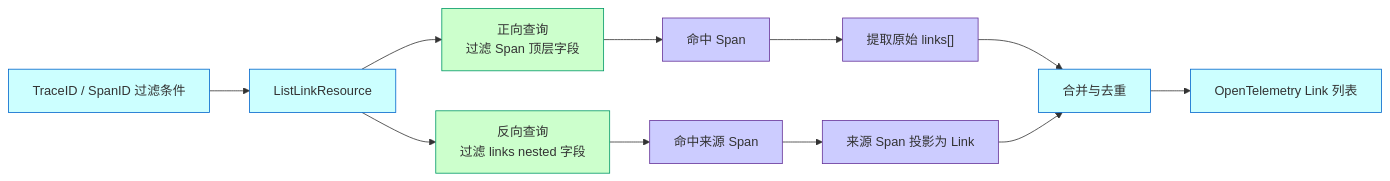
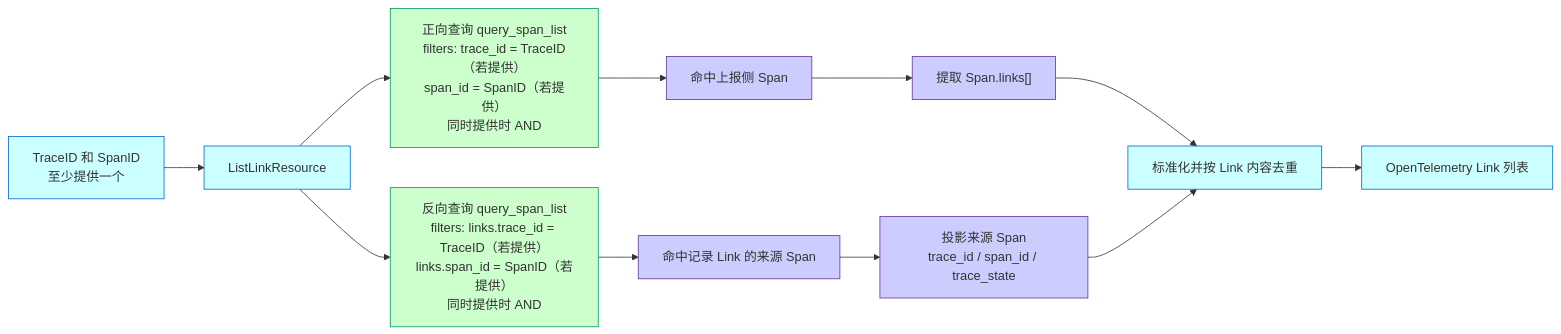
The diagram in knowledge/bkmonitor/issues/2026-06-04-apm-span-links-reverse-relation/PLAN.md (ZhuoZhuoCrayon/ai-workspace), drawn with Mermaid before and after one commit. The commit also changed other lines of this file and 1 other file, not shown here.

Commit message:
docs(knowledge): refine apm span links reverse relation plan

````diff
--- a/knowledge/bkmonitor/issues/2026-06-04-apm-span-links-reverse-relation/PLAN.md
+++ b/knowledge/bkmonitor/issues/2026-06-04-apm-span-links-reverse-relation/PLAN.md
@@ -56,28 +40,28 @@
 ```mermaid
 flowchart LR
-    Request["TraceID / SpanID 过滤条件"] --> Resource["ListLinkResource"]
+    Request["TraceID 和 SpanID<br />至少提供一个"] --> Resource["ListLinkResource"]
 
-    Resource --> Forward["正向查询<br />过滤 Span 顶层字段"]
-    Forward --> ReportedSpans["命中 Span"]
-    ReportedSpans --> RawLinks["提取原始 links[]"]
+    Resource --> Forward["正向查询 query_span_list<br />filters: trace_id = TraceID（若提供）<br />span_id = SpanID（若提供）<br />同时提供时 AND"]
+    Forward --> ReportedSpans["命中上报侧 Span"]
+    ReportedSpans --> RawLinks["提取 Span.links[]"]
 
-    Resource --> Reverse["反向查询<br />过滤 links nested 字段"]
-    Reverse --> SourceSpans["命中来源 Span"]
-    SourceSpans --> ProjectedLinks["来源 Span 投影为 Link"]
+    Resource --> Reverse["反向查询 query_span_list<br />filters: links.trace_id = TraceID（若提供）<br />links.span_id = SpanID（若提供）<br />同时提供时 AND"]
+    Reverse --> SourceSpans["命中记录 Link 的来源 Span"]
+    SourceSpans --> ProjectedLinks["投影来源 Span<br />trace_id / span_id / trace_state"]
 
-    RawLinks --> Merge["合并与去重"]
+    RawLinks --> Merge["标准化并按 Link 内容去重"]
     ProjectedLinks --> Merge
     Merge --> Response["OpenTelemetry Link 列表"]
 
     class Request,Resource,Merge,Response core;
     class Forward,Reverse runtime;
     class ReportedSpans,RawLinks,SourceSpans,ProjectedLinks data;
 
     classDef actor fill:#FFCC99,stroke:#CC6600,color:#333333;
     classDef core fill:#CCFFFF,stroke:#0066CC,color:#333333;
     classDef runtime fill:#CCFFCC,stroke:#009966,color:#333333;
     classDef control fill:#FFFFCC,stroke:#CC6600,color:#333333;
     classDef data fill:#CCCCFF,stroke:#663399,color:#333333;
     classDef risk fill:#FFCCCC,stroke:#CC3333,color:#333333;
     classDef neutral fill:#FFFFFF,stroke:#999999,color:#333333;
 ```
````
